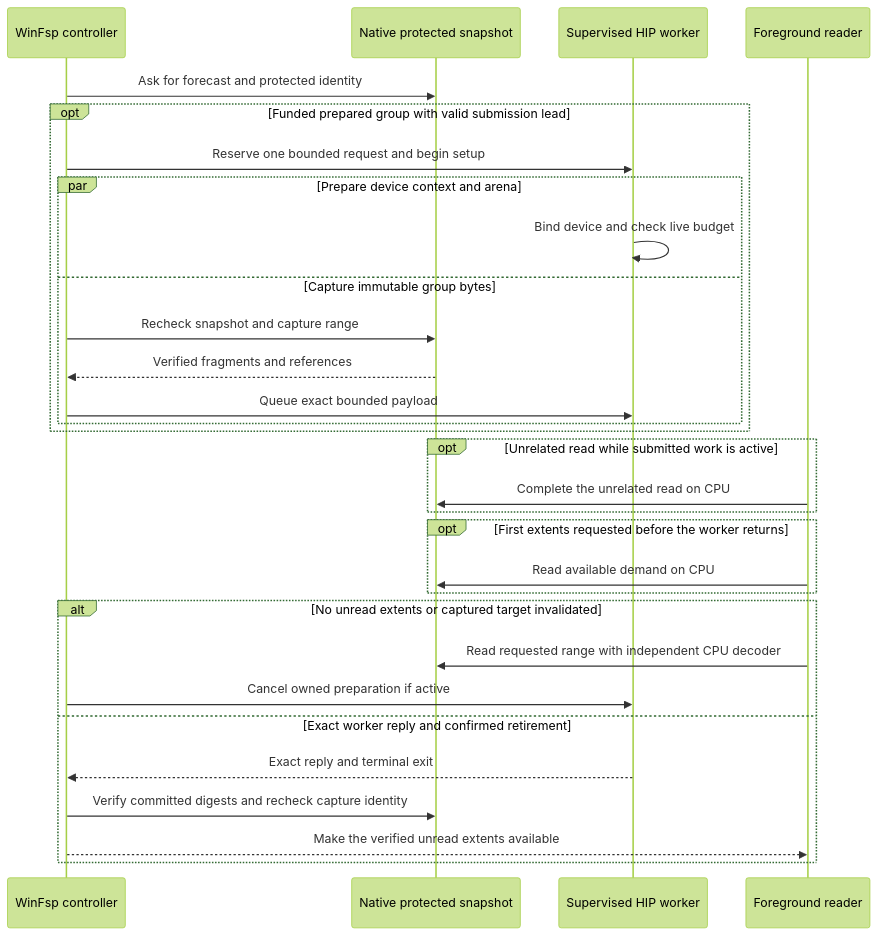
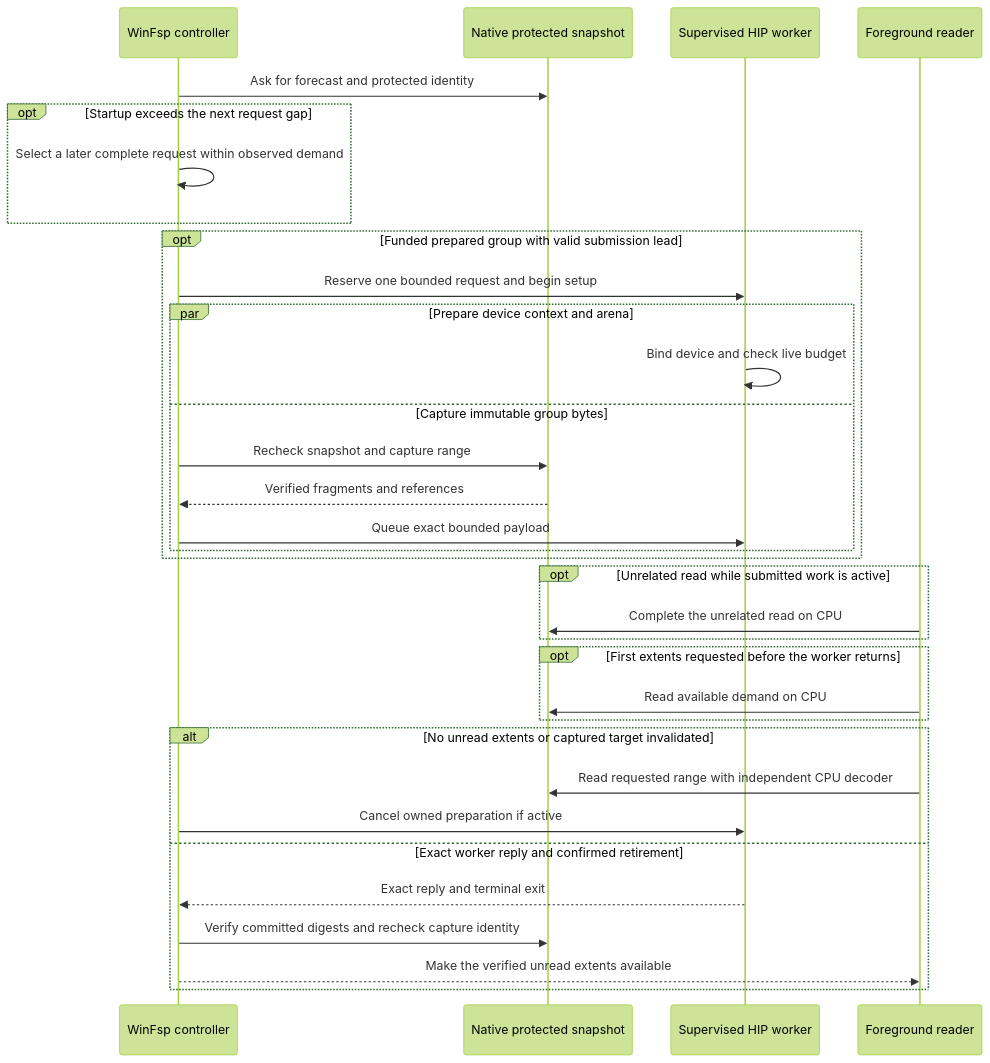
Before and after one commit to strmt7/FlitzFS: diagram 15 of 16 in docs/architecture/CURRENT.md, drawn with Mermaid (forest theme). The commit also changed other lines of this file and 9 other files, not shown here.

First line of the commit message:
Use measured startup to target later AMD read requests

````diff
--- a/docs/architecture/CURRENT.md
+++ b/docs/architecture/CURRENT.md
@@ -568,32 +570,35 @@
 ```mermaid
 sequenceDiagram
     participant C as WinFsp controller
     participant S as Native protected snapshot
     participant W as Supervised HIP worker
     participant R as Foreground reader
     C->>S: Ask for forecast and protected identity
+    opt Startup exceeds the next request gap
+        C->>C: Select a later complete request within observed demand
+    end
     opt Funded prepared group with valid submission lead
         C->>W: Reserve one bounded request and begin setup
         par Prepare device context and arena
             W->>W: Bind device and check live budget
         and Capture immutable group bytes
             C->>S: Recheck snapshot and capture range
             S-->>C: Verified fragments and references
             C->>W: Queue exact bounded payload
         end
     end
     opt Unrelated read while submitted work is active
         R->>S: Complete the unrelated read on CPU
     end
     opt First extents requested before the worker returns
         R->>S: Read available demand on CPU
     end
     alt No unread extents or captured target invalidated
         R->>S: Read requested range with independent CPU decoder
         C->>W: Cancel owned preparation if active
     else Exact worker reply and confirmed retirement
         W-->>C: Exact reply and terminal exit
         C->>S: Verify committed digests and recheck capture identity
         C-->>R: Make the verified unread extents available
     end
 ```
````
